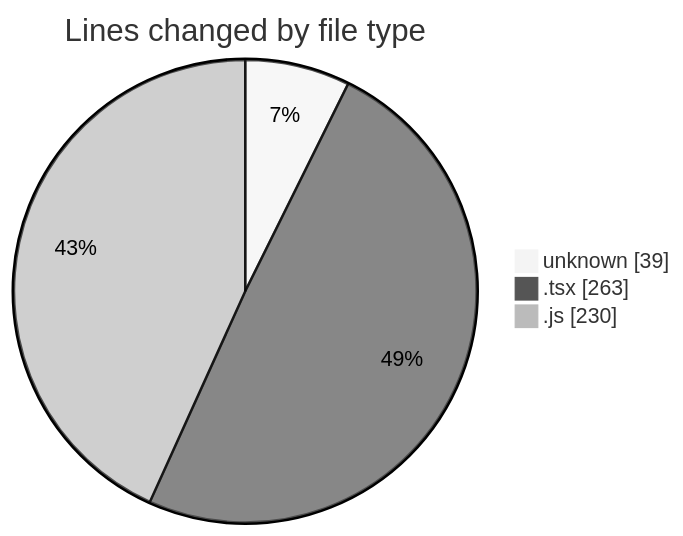
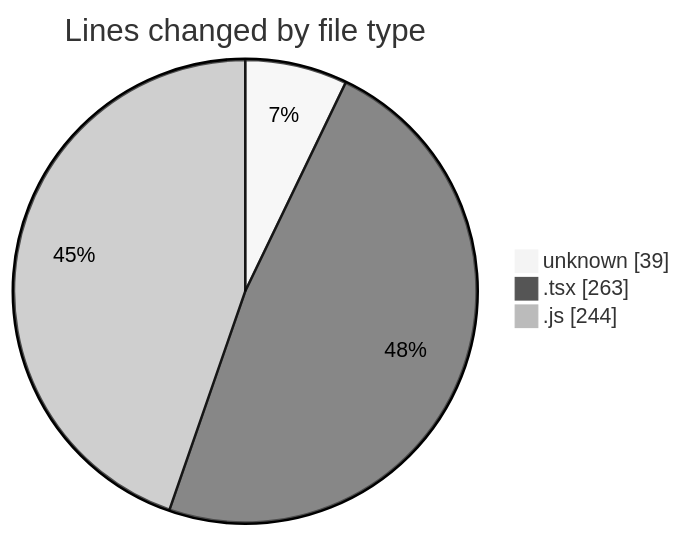
Before and after one commit to momahboobian/code-tracking: the first of 2 diagrams in 2025-06-02/cda/README.md, drawn with Mermaid (neutral theme). The commit also changed other lines of this file and 1 other file, not shown here.

````diff
--- a/2025-06-02/cda/README.md
+++ b/2025-06-02/cda/README.md
@@ -24,7 +24,7 @@
 ```mermaid
 pie showData
 title Lines changed by file type
 "unknown" : 39
 ".tsx" : 263
-".js" : 230
+".js" : 244
 ```
````
